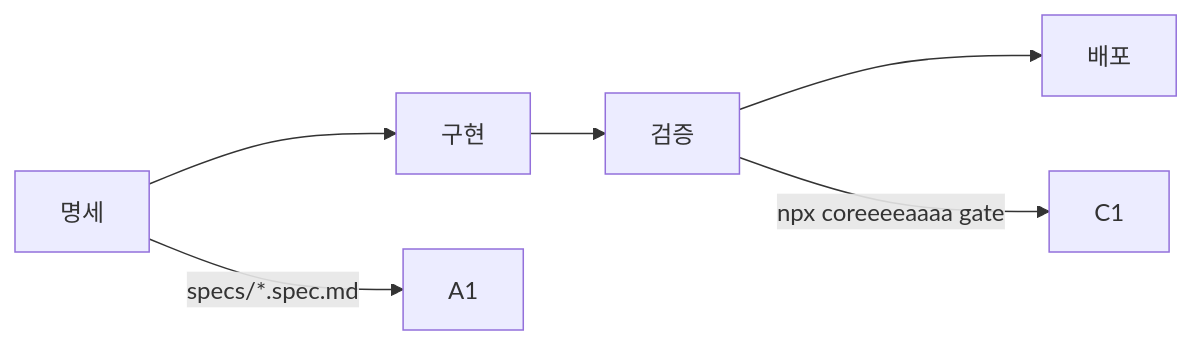
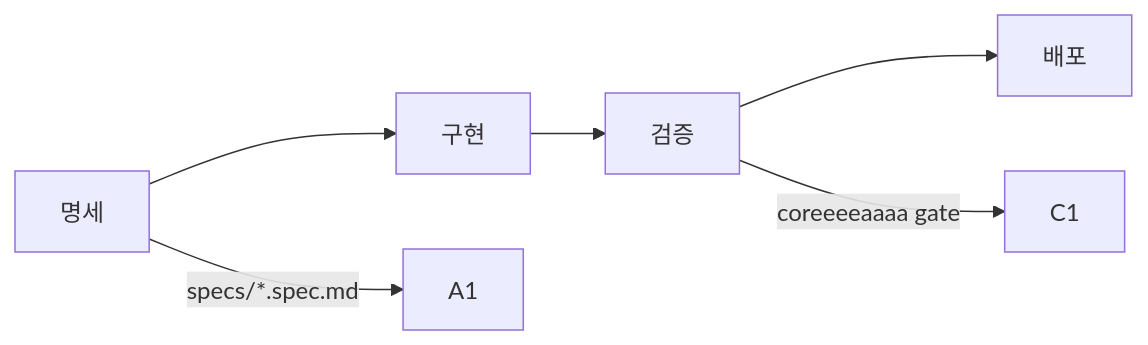
The diagram in README.md (coreeeeaaaa/coreeeeaaaa), drawn with Mermaid before and after one commit. The commit also changed other lines of this file, not shown here.

````diff
--- a/README.md
+++ b/README.md
@@ -87,9 +94,9 @@
 ```mermaid
 graph LR
     A[명세] --> B[구현]
     B --> C[검증]
     C --> D[배포]
 
     A -->|specs/*.spec.md| A1
-    C -->|npx coreeeeaaaa gate| C1
+    C -->|coreeeeaaaa gate| C1
 ```
````
